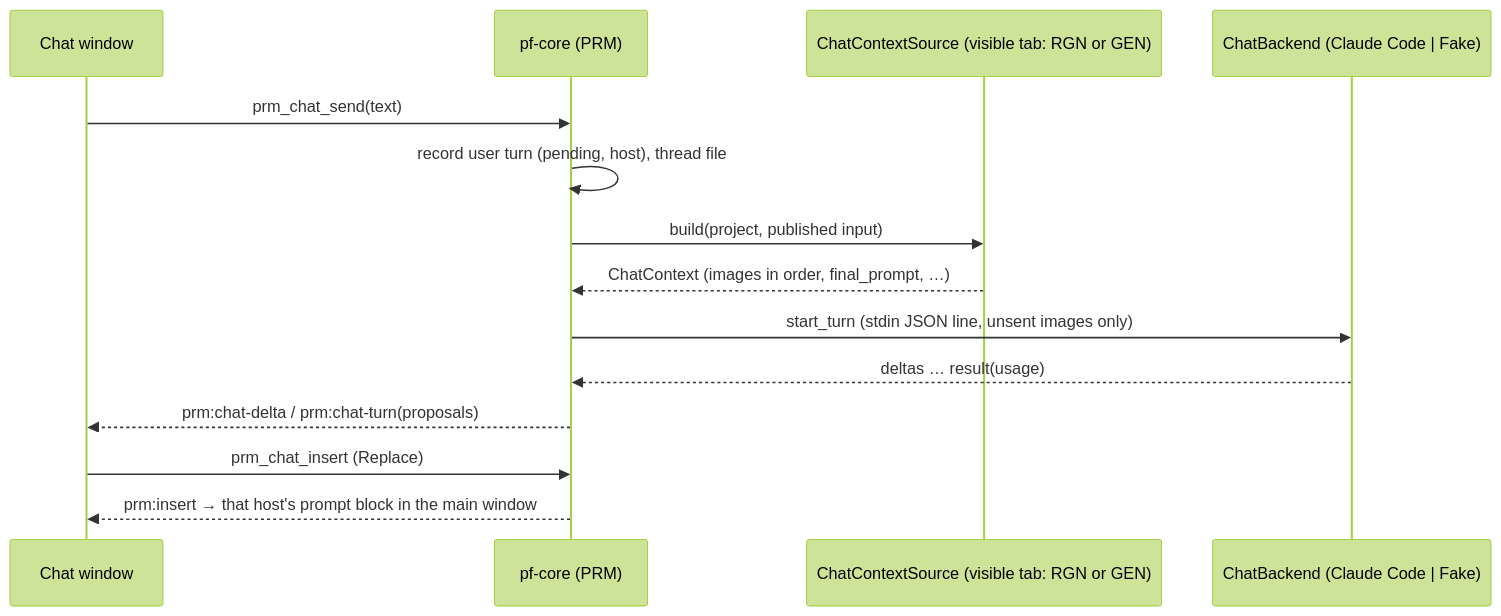
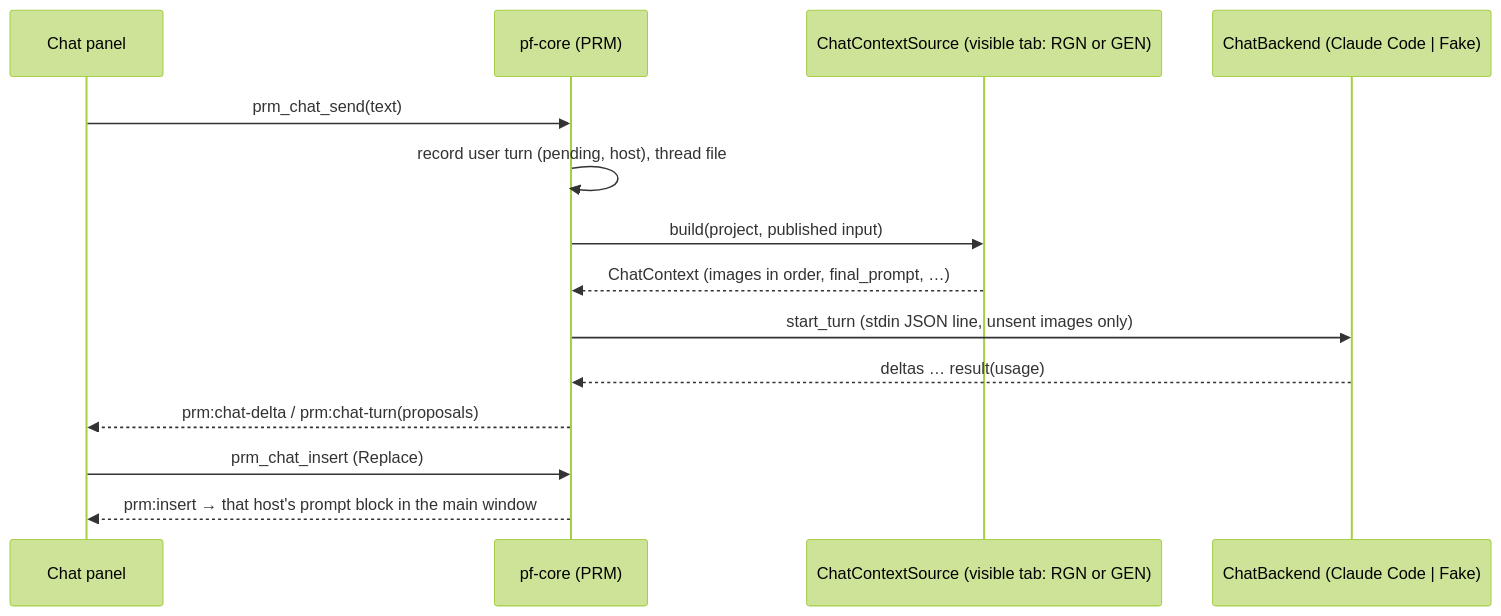
One commit to szymonbalasz/pocket-forge changed the diagram in docs/specs/prompt-helper.md. Above: the diagram before and after it, drawn with Mermaid (forest theme). The commit also changed other lines of this file and 27 other files, not shown here.

First line of the commit message:
Prompt chat docked in the main window; the second window goes (#61)

````diff
--- a/docs/specs/prompt-helper.md
+++ b/docs/specs/prompt-helper.md
@@ -176,16 +175,16 @@
 ```mermaid
 sequenceDiagram
-  participant W as Chat window
+  participant W as Chat panel
   participant C as pf-core (PRM)
   participant H as ChatContextSource (visible tab: RGN or GEN)
   participant B as ChatBackend (Claude Code | Fake)
   W->>C: prm_chat_send(text)
   C->>C: record user turn (pending, host), thread file
   C->>H: build(project, published input)
   H-->>C: ChatContext (images in order, final_prompt, …)
   C->>B: start_turn (stdin JSON line, unsent images only)
   B-->>C: deltas … result(usage)
   C-->>W: prm:chat-delta / prm:chat-turn(proposals)
   W->>C: prm_chat_insert (Replace)
   C-->>W: prm:insert → that host's prompt block in the main window
 ```
````
